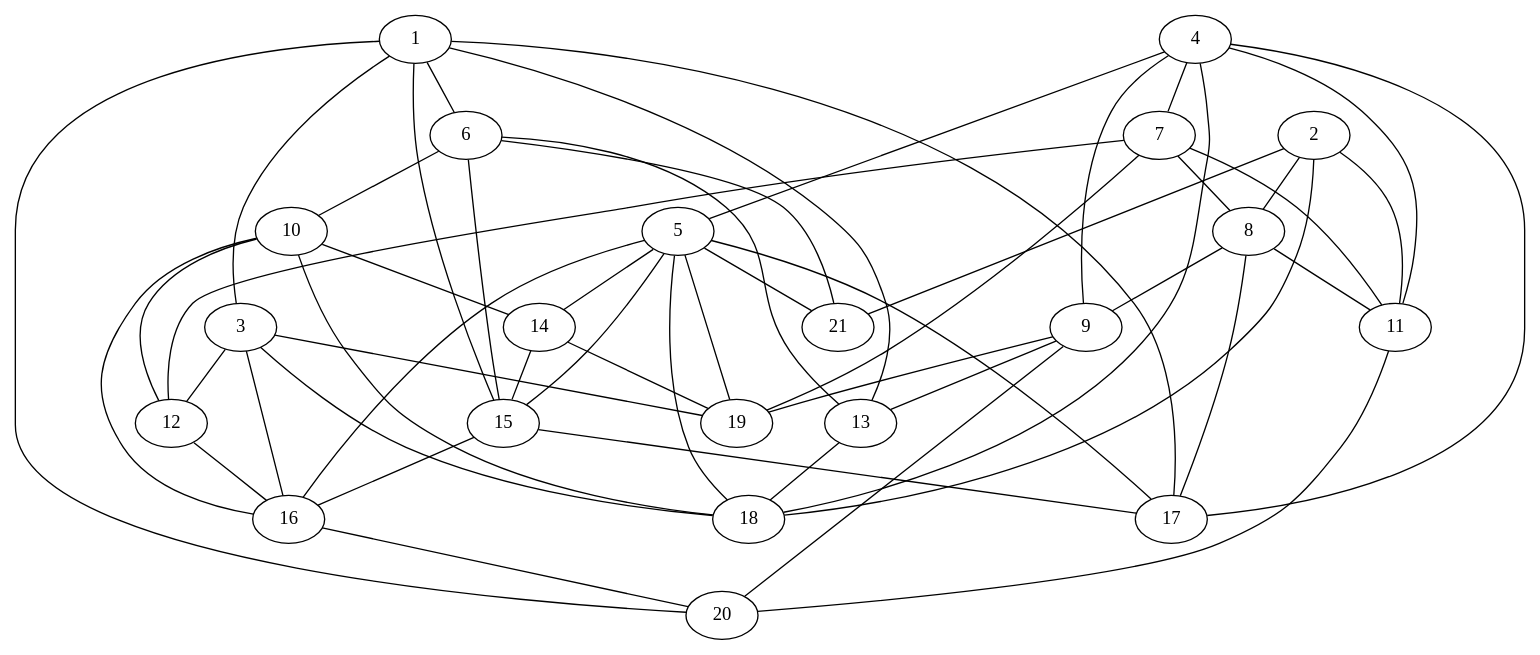
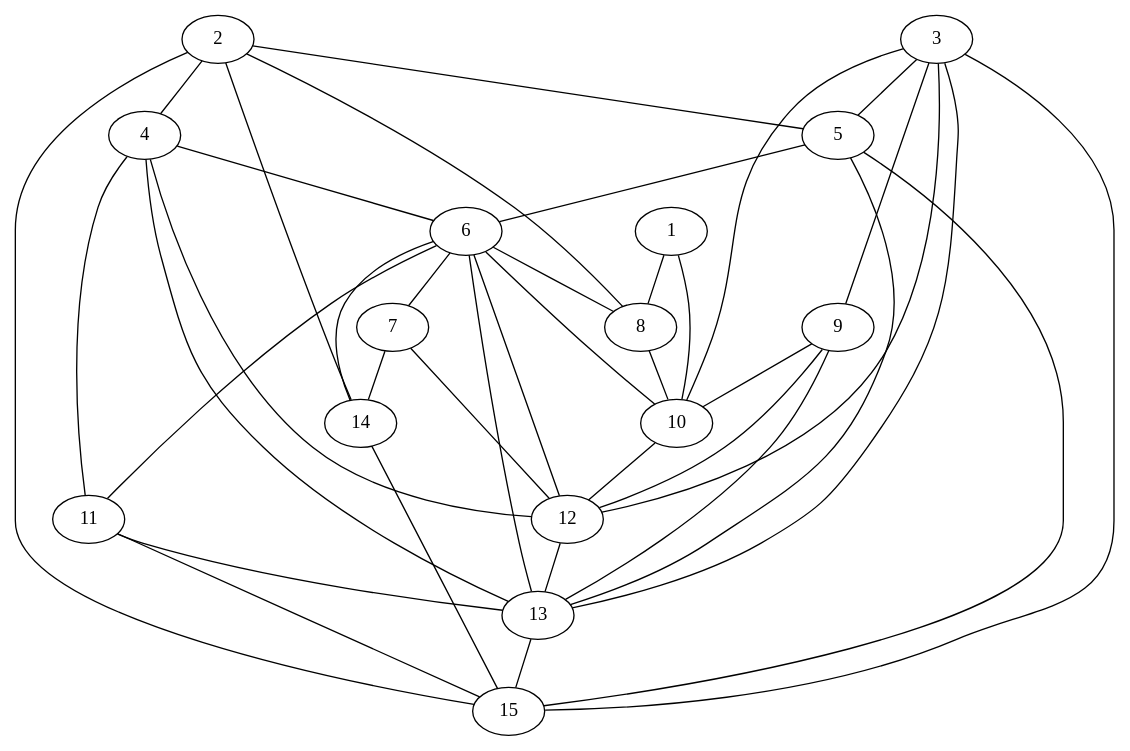
Before and after one commit to derb/VAA: the diagram in ueb02/a2.dot, drawn with Graphviz. The commit also changed 19 other files, not shown here.

```diff
--- a/ueb02/a2.dot
+++ b/ueb02/a2.dot
@@ -1,55 +1,41 @@
 graph generated_Graph {
-1 -- 15;
-1 -- 3;
-1 -- 6;
-1 -- 13;
-1 -- 17;
-1 -- 20;
-2 -- 18;
+1 -- 10;
+1 -- 8;
+2 -- 5;
+2 -- 15;
+2 -- 14;
 2 -- 8;
-2 -- 21;
-2 -- 11;
+2 -- 4;
 3 -- 12;
-3 -- 16;
-3 -- 19;
-3 -- 18;
-4 -- 5;
+3 -- 13;
+3 -- 10;
+3 -- 9;
+3 -- 5;
+3 -- 15;
+4 -- 12;
 4 -- 11;
-4 -- 17;
-4 -- 18;
-4 -- 9;
-4 -- 7;
-5 -- 18;
-5 -- 14;
-5 -- 16;
-5 -- 21;
+4 -- 13;
+4 -- 6;
 5 -- 15;
-5 -- 19;
-5 -- 17;
-6 -- 21;
+5 -- 13;
+5 -- 6;
 6 -- 10;
-6 -- 15;
+6 -- 11;
+6 -- 14;
+6 -- 7;
+6 -- 8;
 6 -- 13;
-7 -- 11;
-7 -- 8;
+6 -- 12;
 7 -- 12;
-7 -- 19;
-8 -- 17;
-8 -- 9;
-8 -- 11;
-9 -- 20;
-9 -- 19;
+7 -- 14;
+8 -- 10;
+9 -- 12;
+9 -- 10;
 9 -- 13;
-10 -- 18;
-10 -- 14;
 10 -- 12;
-10 -- 16;
-11 -- 20;
-12 -- 16;
-13 -- 18;
-14 -- 19;
+11 -- 13;
+11 -- 15;
+12 -- 13;
+13 -- 15;
 14 -- 15;
-15 -- 16;
-15 -- 17;
-16 -- 20;
 }
```
